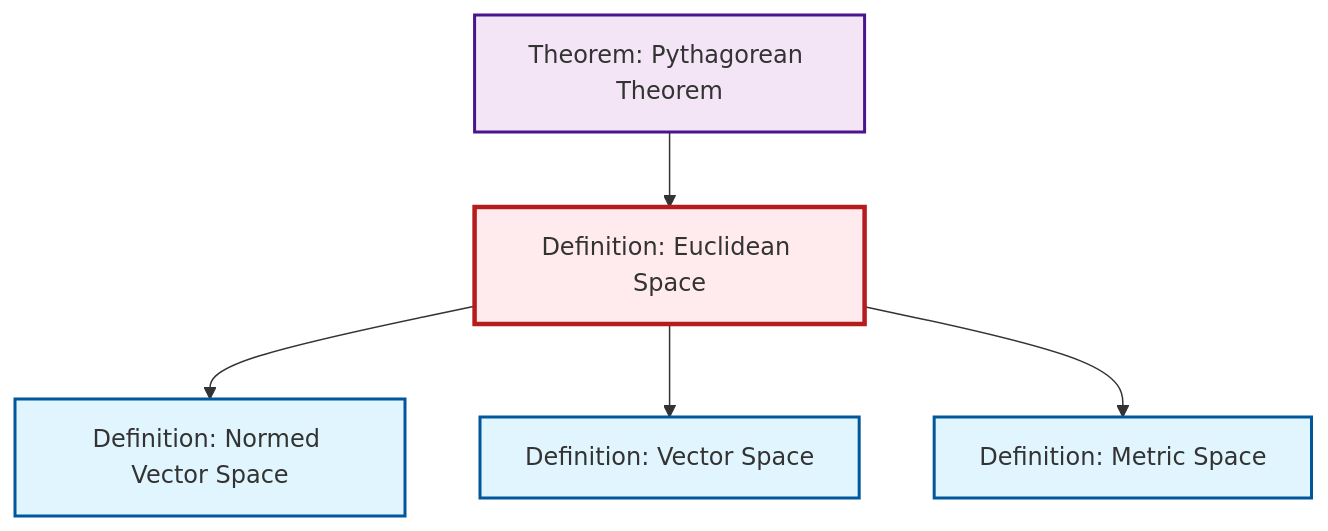
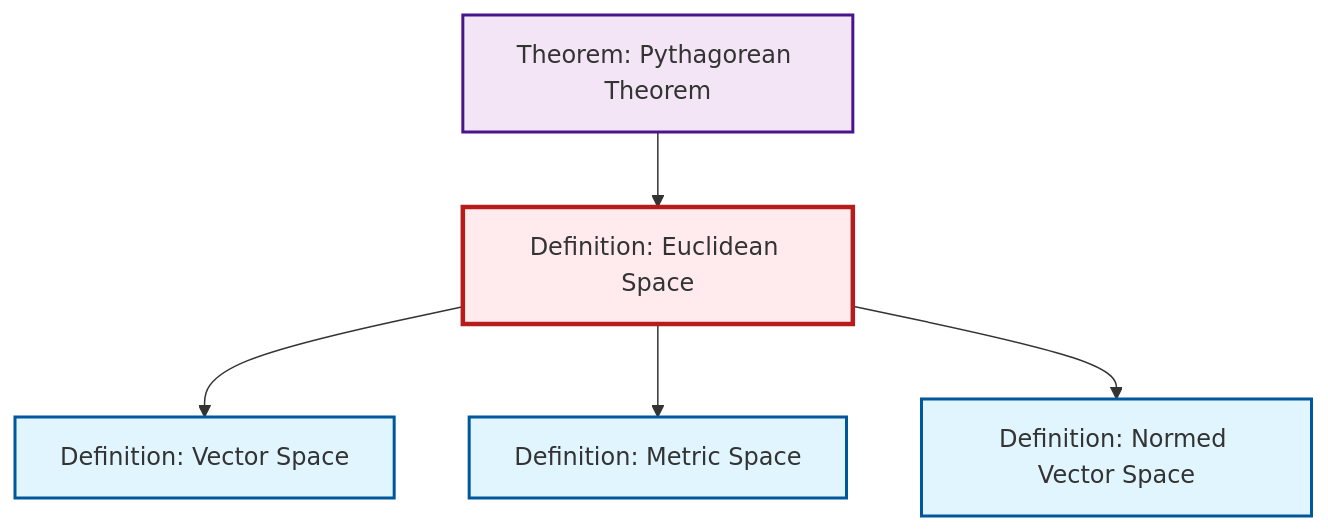
Before and after one commit to RK0429/ModernMath: the second of 2 diagrams in content/en/geometry/def-euclidean-space.qmd, drawn with Mermaid. The commit also changed other lines of this file and 672 other files, not shown here.

````diff
--- a/content/en/geometry/def-euclidean-space.qmd
+++ b/content/en/geometry/def-euclidean-space.qmd
@@ -69,23 +69,23 @@
 ```{mermaid}
 %%| fig-cap: "Local dependency graph"
 graph TD
     classDef definition fill:#e1f5fe,stroke:#01579b,stroke-width:2px
     classDef theorem fill:#f3e5f5,stroke:#4a148c,stroke-width:2px
     classDef axiom fill:#fff3e0,stroke:#e65100,stroke-width:2px
     classDef example fill:#e8f5e9,stroke:#1b5e20,stroke-width:2px
     classDef current fill:#ffebee,stroke:#b71c1c,stroke-width:3px
-    def-vector-space["Definition: Vector Space"]:::definition
-    def-euclidean-space["Definition: Euclidean Space"]:::definition
     thm-pythagorean["Theorem: Pythagorean Theorem"]:::theorem
     def-metric-space["Definition: Metric Space"]:::definition
     def-normed-vector-space["Definition: Normed Vector Space"]:::definition
+    def-vector-space["Definition: Vector Space"]:::definition
+    def-euclidean-space["Definition: Euclidean Space"]:::definition
+    thm-pythagorean --> def-euclidean-space
+    def-euclidean-space --> def-vector-space
+    def-euclidean-space --> def-metric-space
     def-euclidean-space --> def-normed-vector-space
-    def-euclidean-space --> def-vector-space
-    thm-pythagorean --> def-euclidean-space
-    def-euclidean-space --> def-metric-space
     class def-euclidean-space current
-    click def-vector-space "def-vector-space.html" "Go to Vector Space definition"
     click thm-pythagorean "thm-pythagorean.html" "Go to Pythagorean Theorem theorem"
     click def-metric-space "def-metric-space.html" "Go to Metric Space definition"
     click def-normed-vector-space "def-normed-vector-space.html" "Go to Normed Vector Space definition"
+    click def-vector-space "def-vector-space.html" "Go to Vector Space definition"
 ```
````
